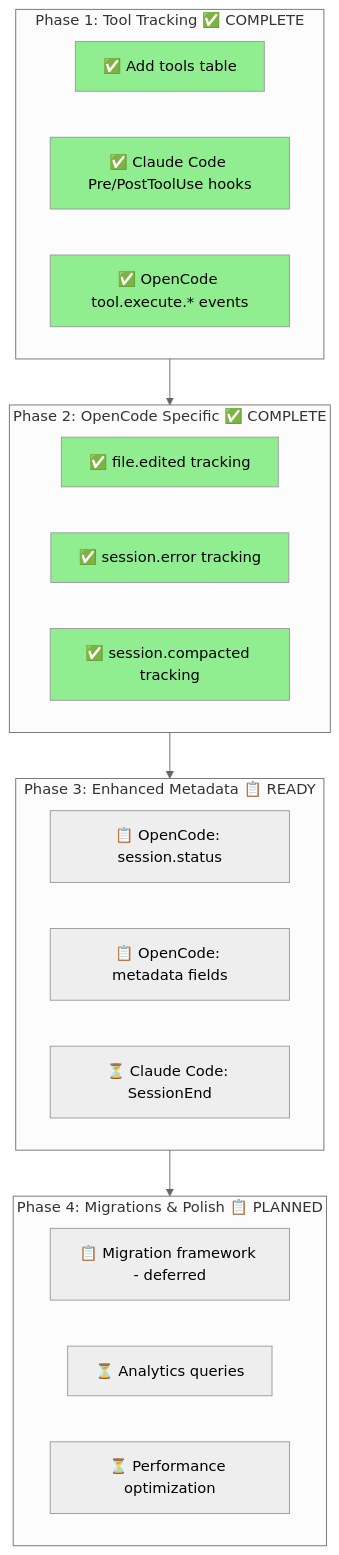
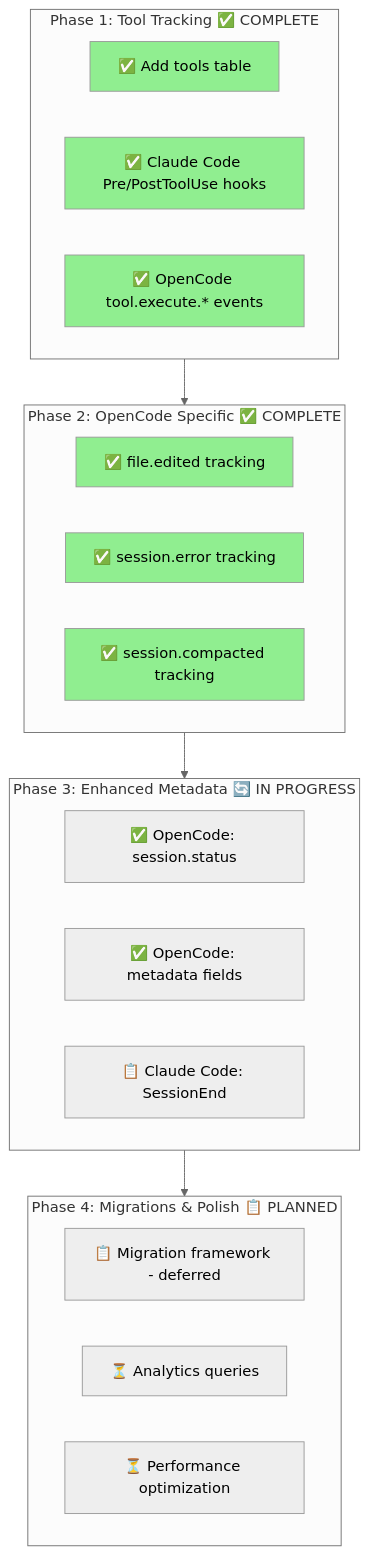
Before and after one commit to dxta-dev/clankers: the diagram in lode/plans/data-gaps-implementation.md, drawn with Mermaid (neutral theme). The commit also changed other lines of this file and 4 other files, not shown here.

````diff
--- a/lode/plans/data-gaps-implementation.md
+++ b/lode/plans/data-gaps-implementation.md
@@ -559,35 +558,35 @@
 ```mermaid
 flowchart TB
     subgraph Phase1[Phase 1: Tool Tracking ✅ COMPLETE]
         P1_1[✅ Add tools table]
         P1_2[✅ Claude Code Pre/PostToolUse hooks]
         P1_3[✅ OpenCode tool.execute.* events]
     end
 
     subgraph Phase2[Phase 2: OpenCode Specific ✅ COMPLETE]
         P2_1[✅ file.edited tracking]
         P2_2[✅ session.error tracking]
         P2_3[✅ session.compacted tracking]
     end
 
-    subgraph Phase3[Phase 3: Enhanced Metadata 📋 READY]
-        P3_1[📋 OpenCode: session.status]
-        P3_2[📋 OpenCode: metadata fields]
-        P3_3[⏳ Claude Code: SessionEnd]
+    subgraph Phase3[Phase 3: Enhanced Metadata 🔄 IN PROGRESS]
+        P3_1[✅ OpenCode: session.status]
+        P3_2[✅ OpenCode: metadata fields]
+        P3_3[📋 Claude Code: SessionEnd]
     end
 
     subgraph Phase4[Phase 4: Migrations & Polish 📋 PLANNED]
         P4_1[📋 Migration framework - deferred]
         P4_2[⏳ Analytics queries]
         P4_3[⏳ Performance optimization]
     end
 
     Phase1 --> Phase2 --> Phase3 --> Phase4
 
     style P1_1 fill:#90EE90
     style P1_2 fill:#90EE90
     style P1_3 fill:#90EE90
     style P2_1 fill:#90EE90
     style P2_2 fill:#90EE90
     style P2_3 fill:#90EE90
 ```
````
